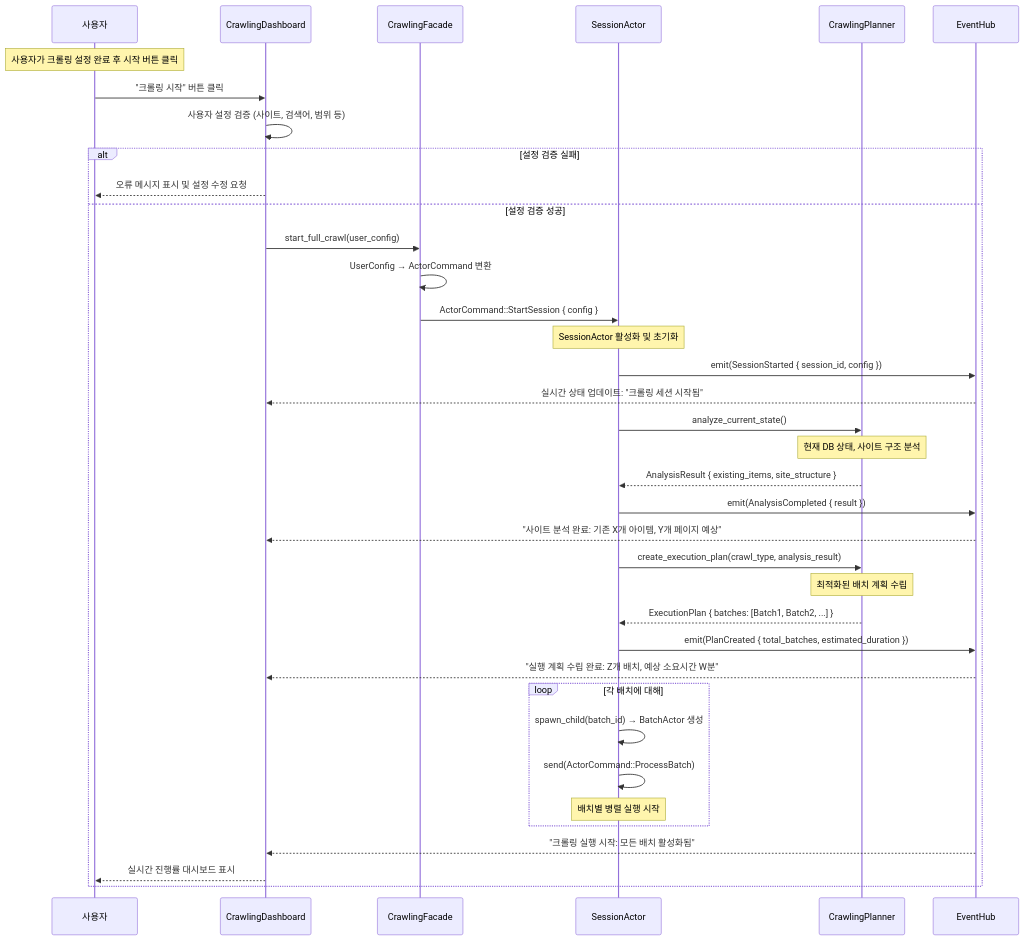
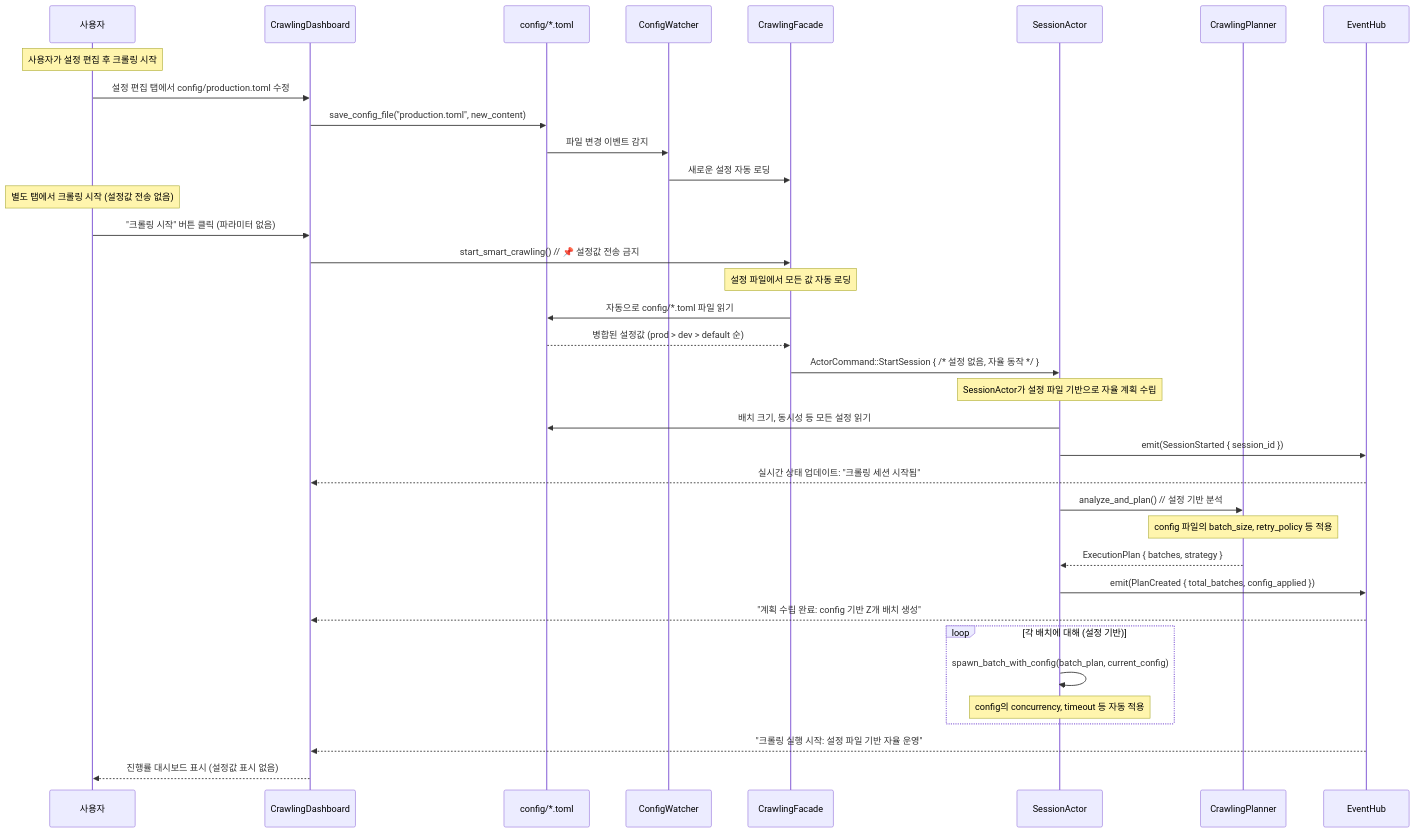
The second of 5 diagrams in guide/re-arch-plan-final2.md (Chanseok/rMatterCertis), drawn with Mermaid before and after one commit. The commit also changed other lines of this file and 23 other files, not shown here.

First line of the commit message:
feat: Implement simple crawling engine with configuration file-based execution

````diff
--- a/guide/re-arch-plan-final2.md
+++ b/guide/re-arch-plan-final2.md
@@ -98,49 +161,48 @@
 ```mermaid
 sequenceDiagram
     participant User as 사용자
     participant UI as CrawlingDashboard
+    participant ConfigFile as config/*.toml
+    participant Watcher as ConfigWatcher
     participant Facade as CrawlingFacade
     participant Session as SessionActor
     participant Planner as CrawlingPlanner
     participant Event as EventHub
 
-    Note over User: 사용자가 크롤링 설정 완료 후 시작 버튼 클릭
+    Note over User: 사용자가 설정 편집 후 크롤링 시작
 
-    User->>UI: "크롤링 시작" 버튼 클릭
-    UI->>UI: 사용자 설정 검증 (사이트, 검색어, 범위 등)
+    User->>UI: 설정 편집 탭에서 config/production.toml 수정
+    UI->>ConfigFile: save_config_file("production.toml", new_content)
+    ConfigFile->>Watcher: 파일 변경 이벤트 감지
+    Watcher->>Facade: 새로운 설정 자동 로딩
     
-    alt 설정 검증 실패
-        UI-->>User: 오류 메시지 표시 및 설정 수정 요청
-    else 설정 검증 성공
-        UI->>Facade: start_full_crawl(user_config)
-        Facade->>Facade: UserConfig → ActorCommand 변환
-        Facade->>Session: ActorCommand::StartSession { config }
-        
-        Note over Session: SessionActor 활성화 및 초기화
-        Session->>Event: emit(SessionStarted { session_id, config })
-        Event-->>UI: 실시간 상태 업데이트: "크롤링 세션 시작됨"
-        
-        Session->>Planner: analyze_current_state()
-        Note over Planner: 현재 DB 상태, 사이트 구조 분석
-        Planner-->>Session: AnalysisResult { existing_items, site_structure }
-        
-        Session->>Event: emit(AnalysisCompleted { result })
-        Event-->>UI: "사이트 분석 완료: 기존 X개 아이템, Y개 페이지 예상"
-        
-        Session->>Planner: create_execution_plan(crawl_type, analysis_result)
-        Note over Planner: 최적화된 배치 계획 수립
-        Planner-->>Session: ExecutionPlan { batches: [Batch1, Batch2, ...] }
-        
-        Session->>Event: emit(PlanCreated { total_batches, estimated_duration })
-        Event-->>UI: "실행 계획 수립 완료: Z개 배치, 예상 소요시간 W분"
-        
-        loop 각 배치에 대해
-            Session->>Session: spawn_child(batch_id) → BatchActor 생성
-            Session->>Session: send(ActorCommand::ProcessBatch)
-            Note over Session: 배치별 병렬 실행 시작
-        end
-        
-        Event-->>UI: "크롤링 실행 시작: 모든 배치 활성화됨"
-        UI-->>User: 실시간 진행률 대시보드 표시
+    Note over User: 별도 탭에서 크롤링 시작 (설정값 전송 없음)
+    User->>UI: "크롤링 시작" 버튼 클릭 (파라미터 없음)
+    UI->>Facade: start_smart_crawling() // 📌 설정값 전송 금지
+    
+    Note over Facade: 설정 파일에서 모든 값 자동 로딩
+    Facade->>ConfigFile: 자동으로 config/*.toml 파일 읽기
+    ConfigFile-->>Facade: 병합된 설정값 (prod > dev > default 순)
+    
+    Facade->>Session: ActorCommand::StartSession { /* 설정 없음, 자율 동작 */ }
+    
+    Note over Session: SessionActor가 설정 파일 기반으로 자율 계획 수립
+    Session->>ConfigFile: 배치 크기, 동시성 등 모든 설정 읽기
+    Session->>Event: emit(SessionStarted { session_id })
+    Event-->>UI: 실시간 상태 업데이트: "크롤링 세션 시작됨"
+    
+    Session->>Planner: analyze_and_plan() // 설정 기반 분석
+    Note over Planner: config 파일의 batch_size, retry_policy 등 적용
+    Planner-->>Session: ExecutionPlan { batches, strategy }
+    
+    Session->>Event: emit(PlanCreated { total_batches, config_applied })
+    Event-->>UI: "계획 수립 완료: config 기반 Z개 배치 생성"
+    
+    loop 각 배치에 대해 (설정 기반)
+        Session->>Session: spawn_batch_with_config(batch_plan, current_config)
+        Note over Session: config의 concurrency, timeout 등 자동 적용
     end
+    
+    Event-->>UI: "크롤링 실행 시작: 설정 파일 기반 자율 운영"
+    UI-->>User: 진행률 대시보드 표시 (설정값 표시 없음)
 ```
````
